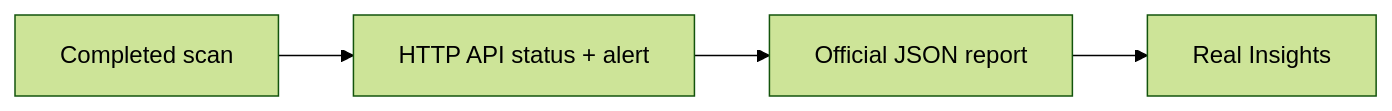
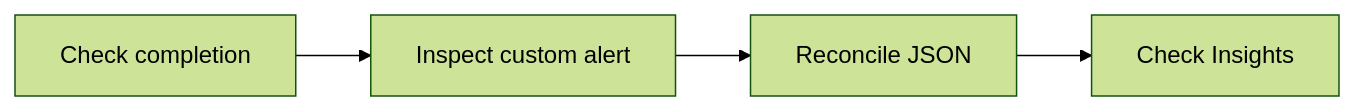
The diagram in demos/module2-demos/m2-demo2-zap-api-scan-evidence/README.md (rupeshtiwari/pluralsight-script-development-with-zap), drawn with Mermaid (forest theme) before and after one commit. The commit also changed other lines of this file and 30 other files, not shown here.

````diff
--- a/demos/module2-demos/m2-demo2-zap-api-scan-evidence/README.md
+++ b/demos/module2-demos/m2-demo2-zap-api-scan-evidence/README.md
@@ -28,8 +31,10 @@
 ```mermaid
 flowchart LR
-  N0["Completed scan"]
-  N1["HTTP API status + alert"]
-  N2["Official JSON report"]
-  N3["Real Insights"]
-  N0 --> N1 --> N2 --> N3
+  S1["Check completion"]
+  S2["Inspect custom alert"]
+  S3["Reconcile JSON"]
+  S4["Check Insights"]
+  S1 --> S2
+  S2 --> S3
+  S3 --> S4
 ```
````
